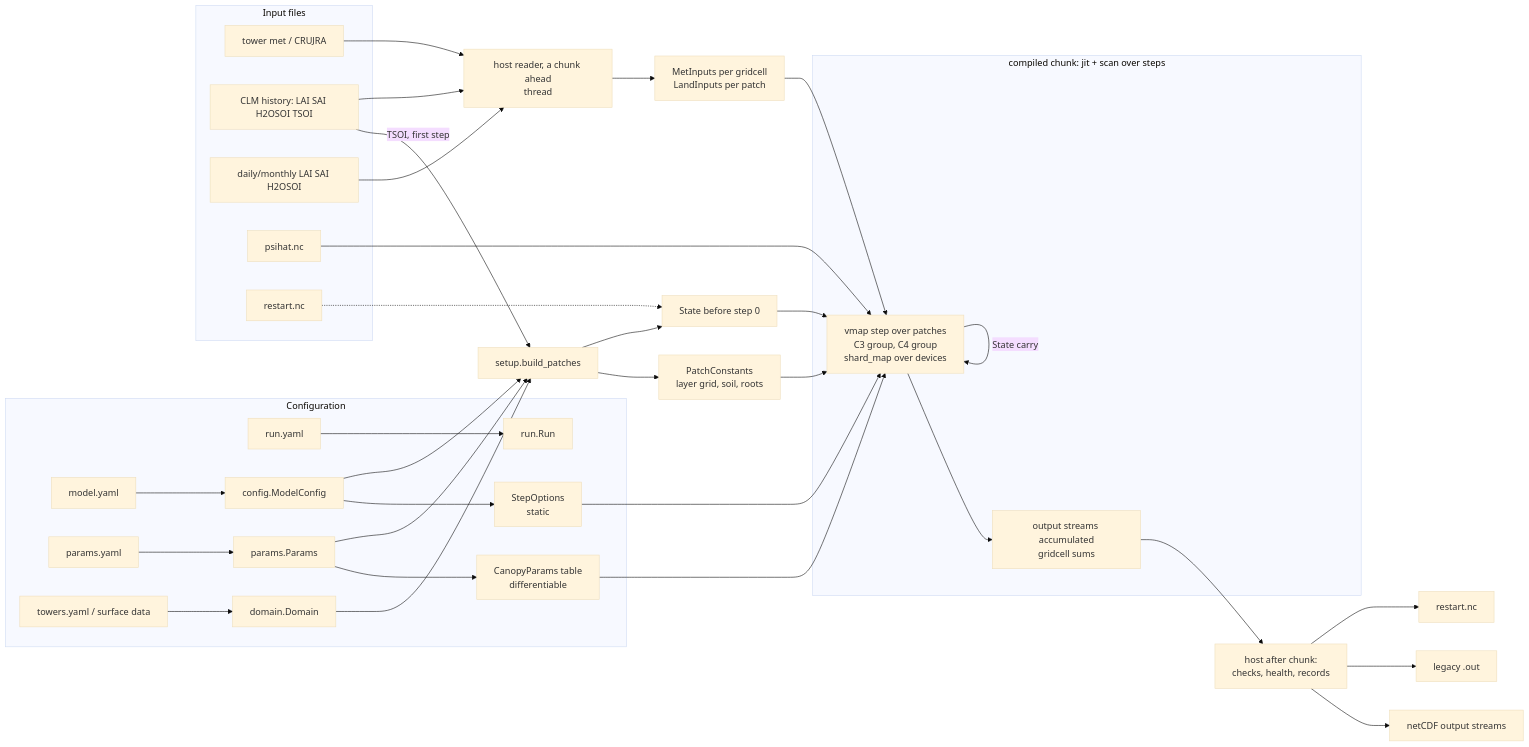
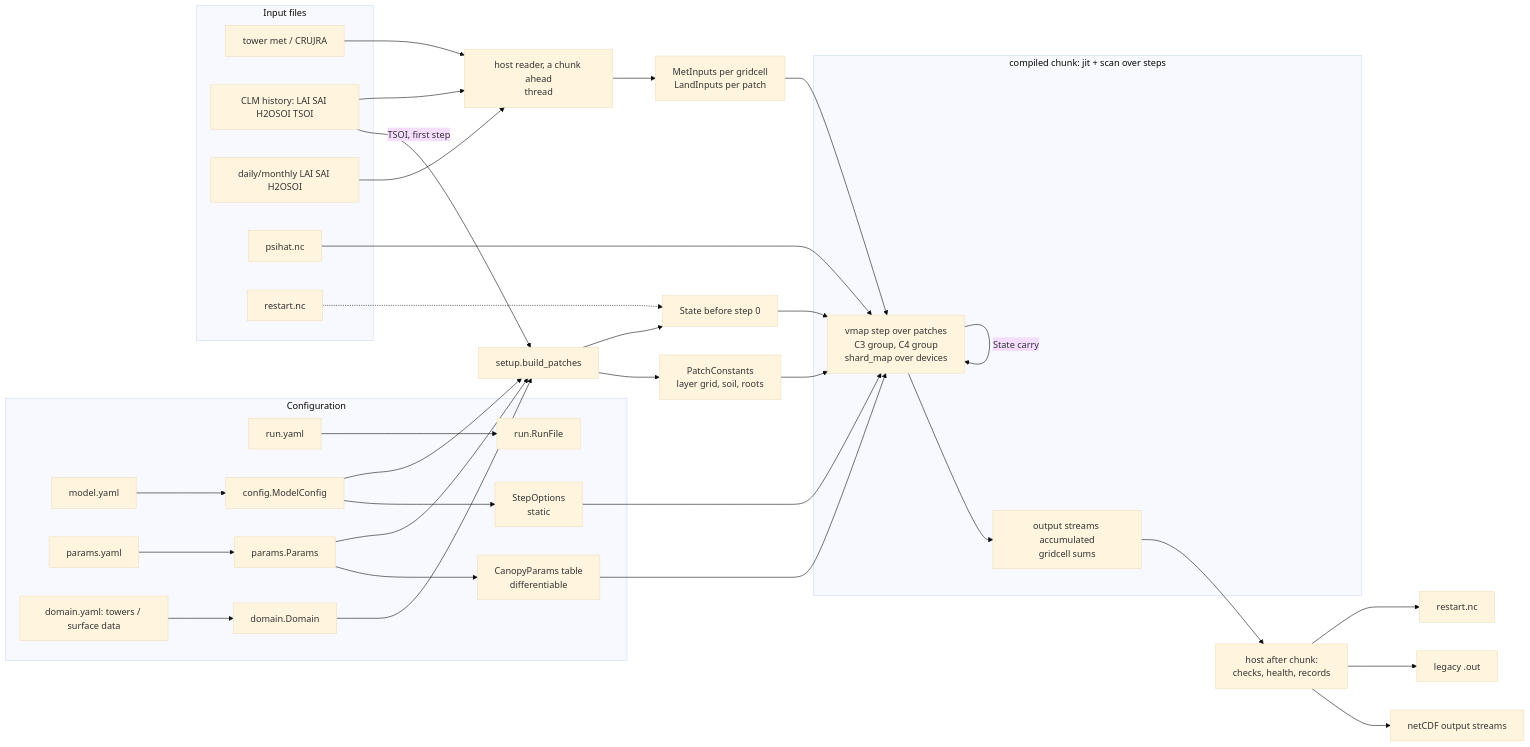
The first of 2 diagrams in docs/design/model_overview.md (linniahawkins/clm-ml-jax), drawn with Mermaid (base theme) before and after one commit. The commit also changed other lines of this file and 80 other files, not shown here.

First line of the commit message:
Phase 8a: experiment folders (decision 91): run.yaml, domain.yaml, model.yaml, params.yaml, complete and strict; clm-ml new/upgrade; presets; configuration copy with each run

````diff
--- a/docs/design/model_overview.md
+++ b/docs/design/model_overview.md
@@ -253,43 +252,43 @@
 ```mermaid
 flowchart LR
   subgraph CFG[Configuration]
-    RY[run.yaml] --> RUN[run.Run]
+    RY[run.yaml] --> RUN[run.RunFile]
     MY[model.yaml] --> MC[config.ModelConfig] --> SO[StepOptions<br/>static]
     PY[params.yaml] --> PR[params.Params] --> CP[CanopyParams table<br/>differentiable]
-    TY[towers.yaml / surface data] --> DOM[domain.Domain]
+    TY[domain.yaml: towers / surface data] --> DOM[domain.Domain]
   end
   subgraph FILES[Input files]
     MET[tower met / CRUJRA]
     HIST[CLM history: LAI SAI H2OSOI TSOI]
     LAND[daily/monthly LAI SAI H2OSOI]
     PSI[psihat.nc]
     RST[restart.nc]
   end
   DOM --> SETUP[setup.build_patches]
   PR --> SETUP
   MC --> SETUP
   HIST -- TSOI, first step --> SETUP
   SETUP --> K[PatchConstants<br/>layer grid, soil, roots]
   SETUP --> S0[State before step 0]
   RST -.-> S0
   MET --> RD[host reader, a chunk ahead<br/>thread]
   HIST --> RD
   LAND --> RD
   RD --> MI[MetInputs per gridcell<br/>LandInputs per patch]
   subgraph CHUNK[compiled chunk: jit + scan over steps]
     STEP[vmap step over patches<br/>C3 group, C4 group<br/>shard_map over devices]
     ACC[output streams accumulated<br/>gridcell sums]
   end
   S0 --> STEP
   K --> STEP
   CP --> STEP
   PSI --> STEP
   MI --> STEP
   SO --> STEP
   STEP --> ACC
   STEP -- State carry --> STEP
   ACC --> HOST[host after chunk:<br/>checks, health, records]
   HOST --> NC[netCDF output streams]
   HOST --> LEG[legacy .out]
   HOST --> RSTO[restart.nc]
 ```
````
